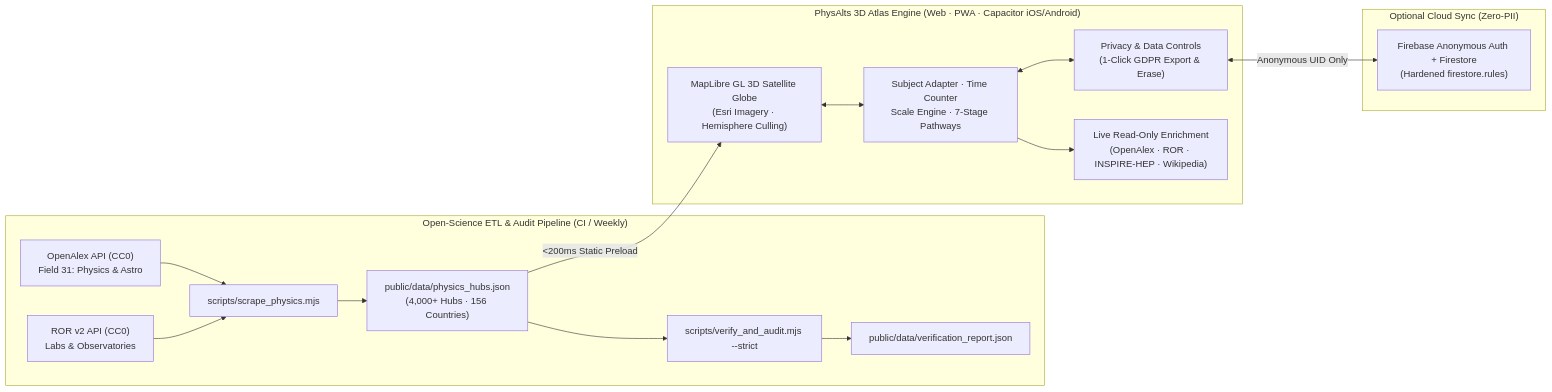
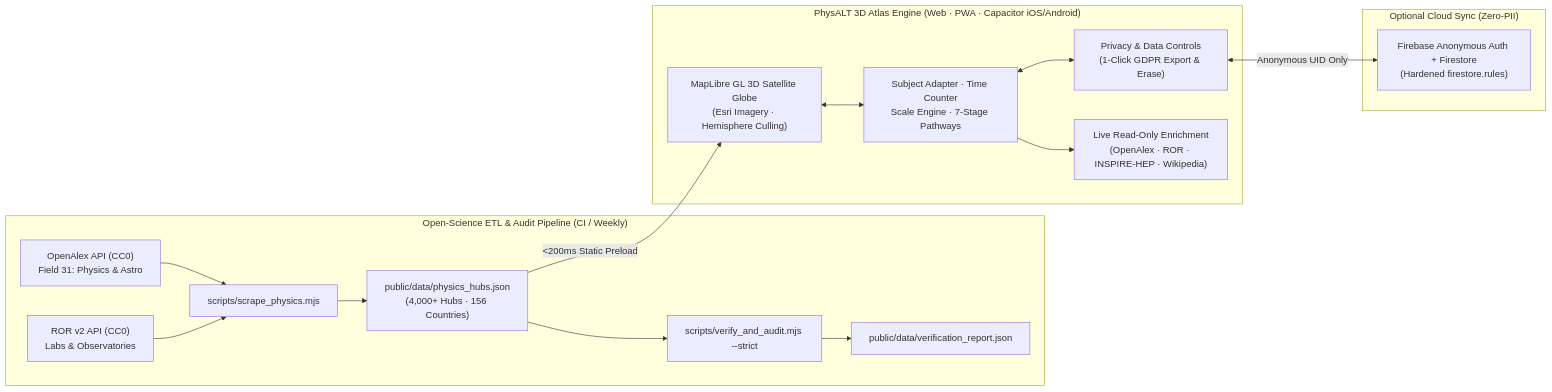
The diagram in README.md (nothinkaffee/PhysAlts), drawn with Mermaid before and after one commit. The commit also changed other lines of this file and 35 other files, not shown here.

Commit message:
PhysALT full Desktop + Mobile + iOS/Android polish, symmetric Light Pulse, capsule dock, dropdown fixes & 136 repaired links

````diff
--- a/README.md
+++ b/README.md
@@ -11,34 +11,34 @@
 ```mermaid
 flowchart LR
     subgraph ETL["Open-Science ETL & Audit Pipeline (CI / Weekly)"]
         OA["OpenAlex API (CC0)<br/>Field 31: Physics & Astro"]
         ROR["ROR v2 API (CC0)<br/>Labs & Observatories"]
         SCRAPE["scripts/scrape_physics.mjs"]
         VERIFY["scripts/verify_and_audit.mjs --strict"]
         DATA["public/data/physics_hubs.json<br/>(4,000+ Hubs · 156 Countries)"]
         REPORT["public/data/verification_report.json"]
 
         OA --> SCRAPE
         ROR --> SCRAPE
         SCRAPE --> DATA
         DATA --> VERIFY
         VERIFY --> REPORT
     end
 
-    subgraph APP["PhysAlts 3D Atlas Engine (Web · PWA · Capacitor iOS/Android)"]
+    subgraph APP["PhysALT 3D Atlas Engine (Web · PWA · Capacitor iOS/Android)"]
         GL["MapLibre GL 3D Satellite Globe<br/>(Esri Imagery · Hemisphere Culling)"]
         UI["Subject Adapter · Time Counter<br/>Scale Engine · 7-Stage Pathways"]
         PRIV["Privacy & Data Controls<br/>(1-Click GDPR Export & Erase)"]
         LIVE["Live Read-Only Enrichment<br/>(OpenAlex · ROR · INSPIRE-HEP · Wikipedia)"]
     end
 
     subgraph CLOUD["Optional Cloud Sync (Zero-PII)"]
         FB["Firebase Anonymous Auth + Firestore<br/>(Hardened firestore.rules)"]
     end
 
     DATA -->|"<200ms Static Preload"| GL
     GL <--> UI
     UI --> LIVE
     UI <--> PRIV
     PRIV <-->|"Anonymous UID Only"| FB
 ```
````
